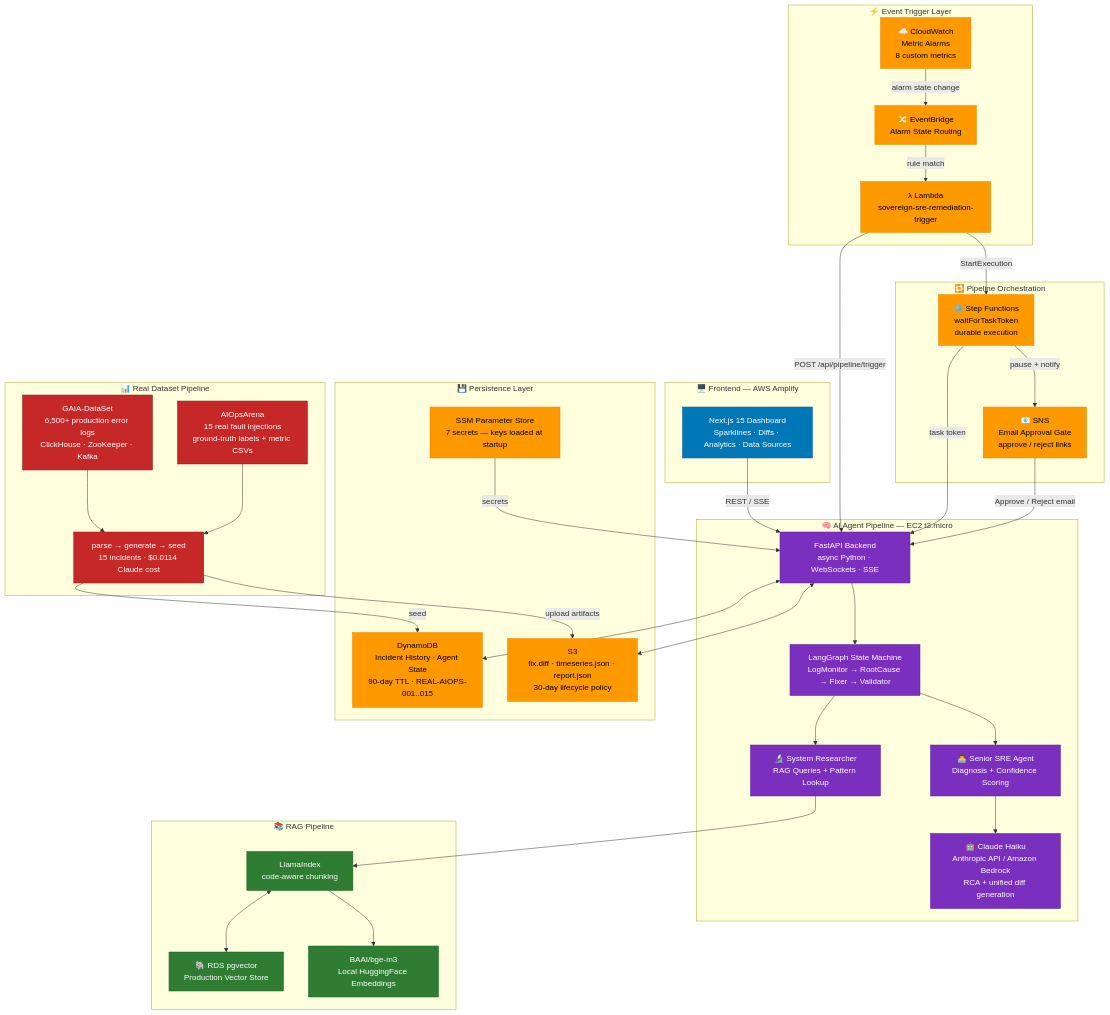
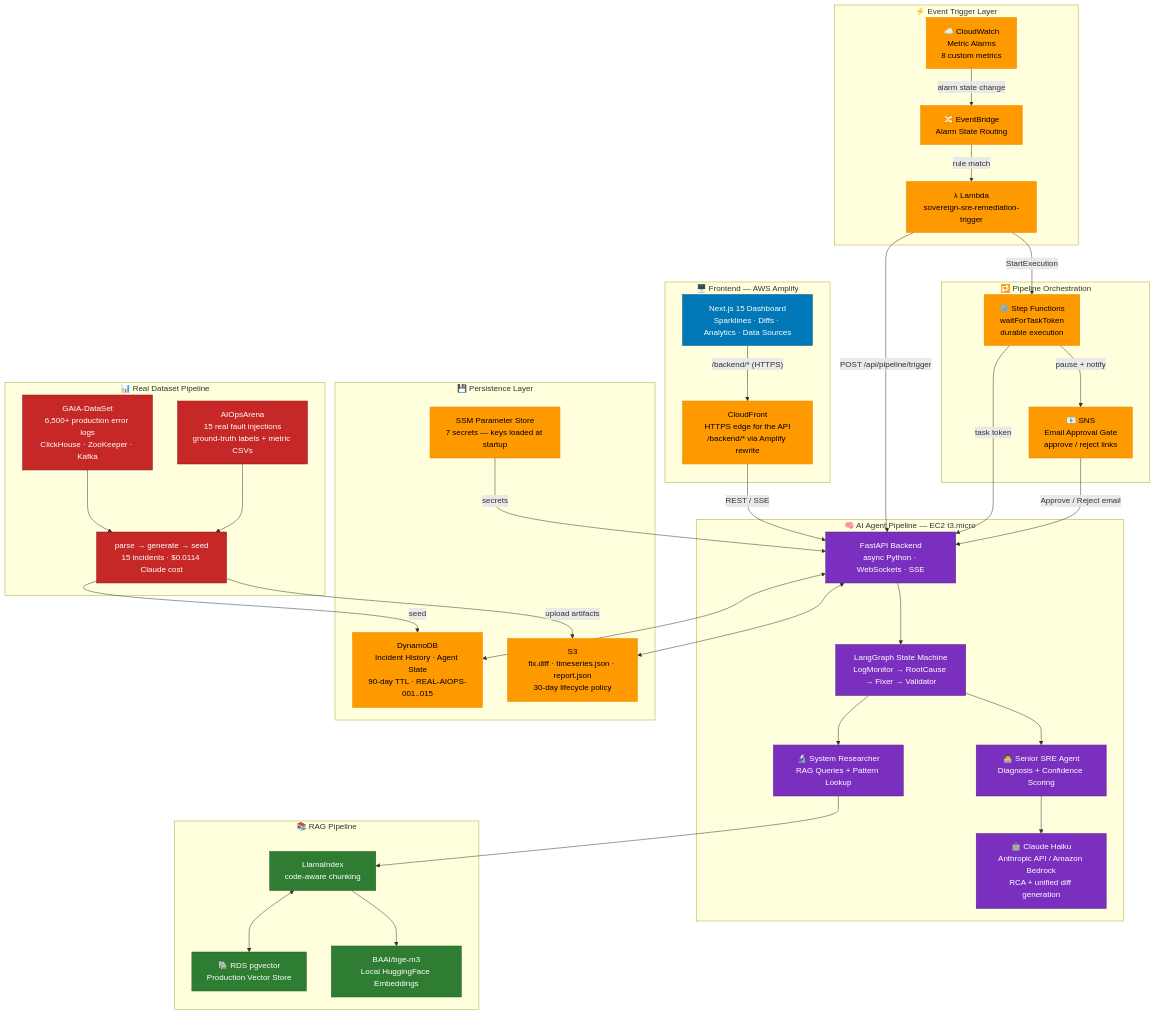
One commit to madhavanbalaji02/Sovereign-SRE changed the first of 3 diagrams in README.md. Above: the diagram before and after it, drawn with Mermaid. The commit also changed other lines of this file, not shown here.

Commit message:
docs: update README for redesigned dashboard, HTTPS backend route and CI/CD

```diff
--- a/README.md
+++ b/README.md
@@ -123,6 +124,7 @@
 
     subgraph FRONTEND["🖥️  Frontend — AWS Amplify"]
         DASH["Next.js 15 Dashboard<br/>Sparklines · Diffs · Analytics · Data Sources"]
+        CF["CloudFront<br/>HTTPS edge for the API<br/>/backend/* via Amplify rewrite"]
     end
 
     subgraph TRIGGER["⚡  Event Trigger Layer"]
@@ -162,7 +164,8 @@
         PIPE["parse → generate → seed<br/>15 incidents · $0.0114 Claude cost"]
     end
 
-    DASH -- "REST / SSE" --> FAST
+    DASH -- "/backend/* (HTTPS)" --> CF
+    CF -- "REST / SSE" --> FAST
     CW -- "alarm state change" --> EB
     EB -- "rule match" --> LAM
     LAM -- "StartExecution" --> SF
@@ -185,7 +188,7 @@
     PIPE -- "seed" --> DDB
     PIPE -- "upload artifacts" --> S3B
 
-    class CW,EB,LAM,SF,SNS,DDB,S3B,SSM awsStyle
+    class CW,EB,LAM,SF,SNS,DDB,S3B,SSM,CF awsStyle
     class SRE_A,RES_A,CL,LG aiStyle
     class PG ragStyle
     class BGE,LI ragStyle
```
